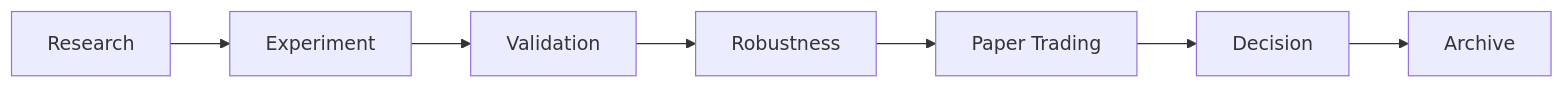
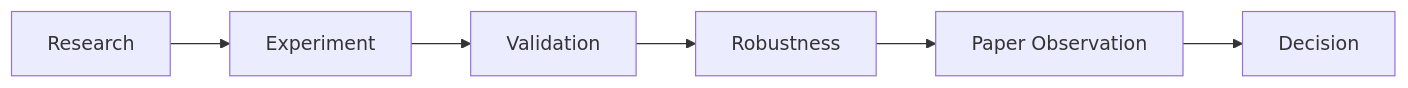
Before and after one commit to josephwang-ds/ai-quant-signal-platform: the second of 3 diagrams in docs/ARCHITECTURE.md, drawn with Mermaid. The commit also changed other lines of this file and 57 other files, not shown here.

````diff
--- a/docs/ARCHITECTURE.md
+++ b/docs/ARCHITECTURE.md
@@ -55,9 +55,8 @@
 ```mermaid
 flowchart LR
   R[Research] --> E[Experiment]
   E --> V[Validation]
   V --> Rb[Robustness]
-  Rb --> P[Paper Trading]
+  Rb --> P[Paper Observation]
   P --> D[Decision]
-  D --> A[Archive]
 ```
````
